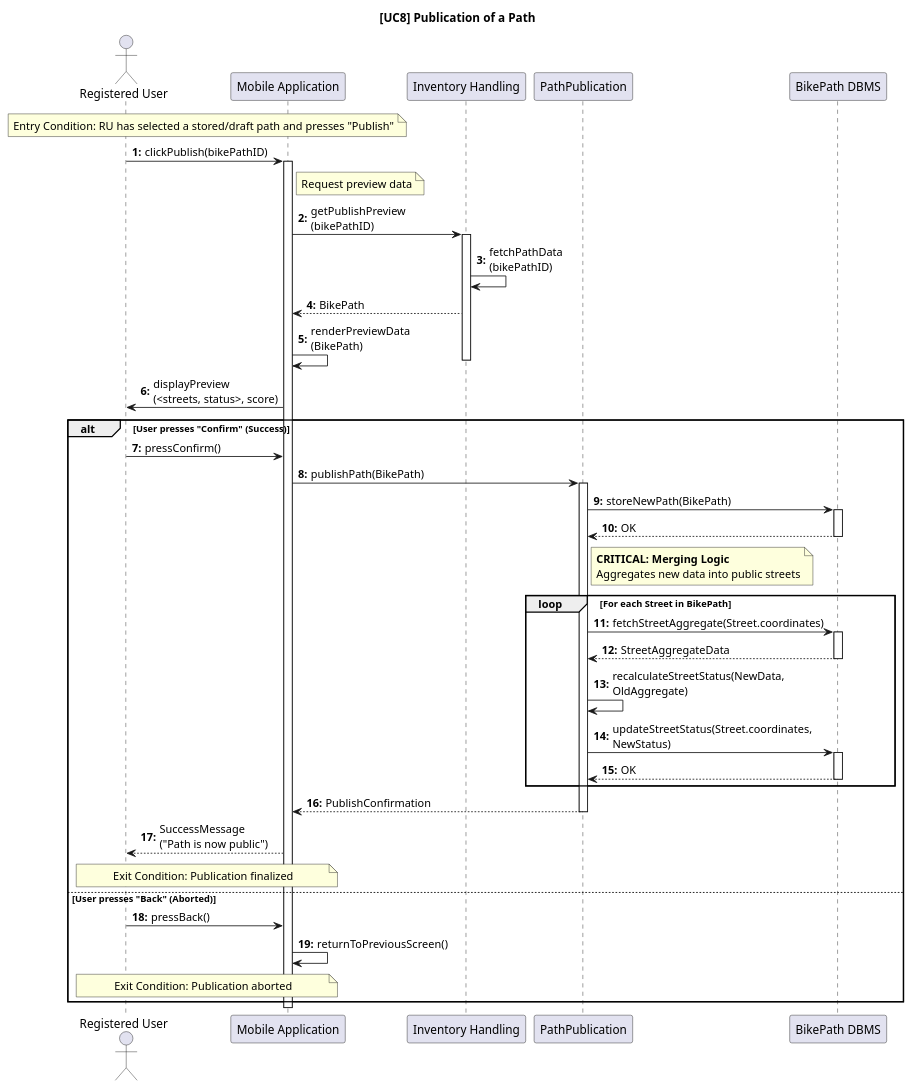
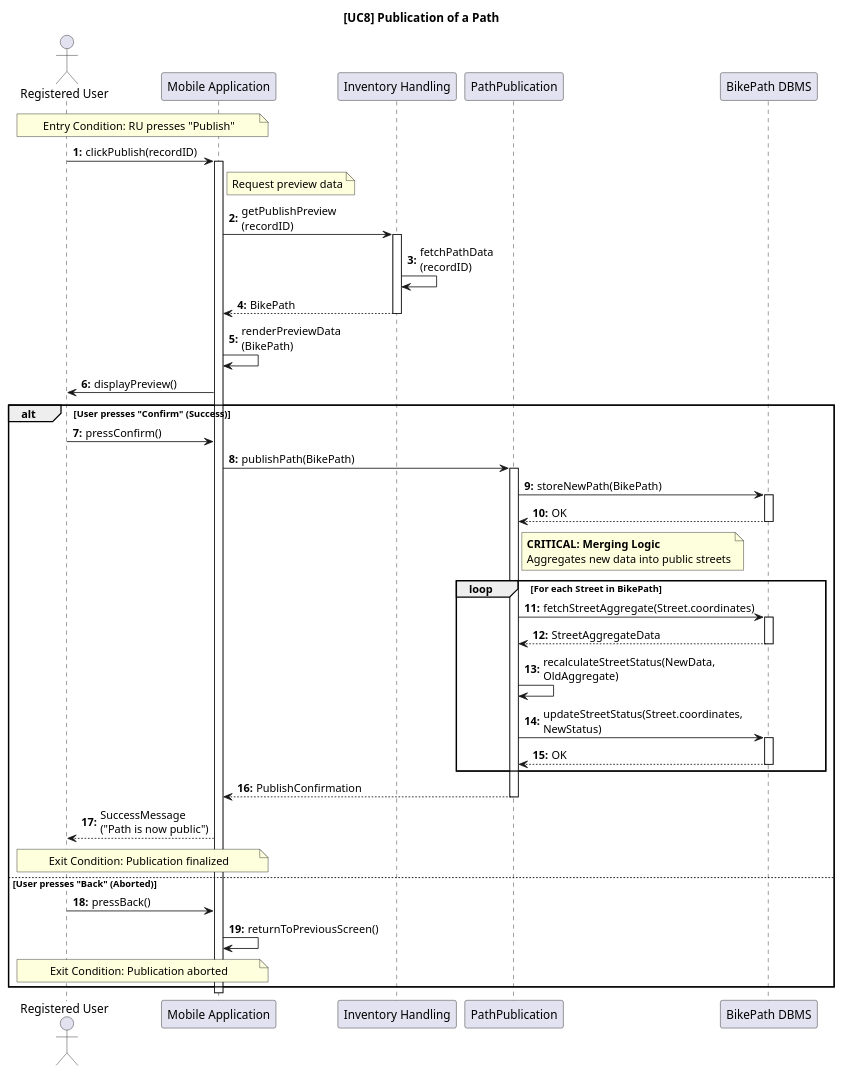
One commit to ilevinci/RubinoUvinsiVinciguerra changed the diagram in DD/sequencediagrams/usecase8.puml. Above: the diagram before and after it, drawn with PlantUML. The commit also changed 7 other files, not shown here.

Commit message:
refinement of use case diagrams (maybe last version, i hope)

```diff
--- a/DD/sequencediagrams/usecase8.puml
+++ b/DD/sequencediagrams/usecase8.puml
@@ -1,90 +1,90 @@
 @startuml UC8_PublicationPath_Design
 autonumber "<b>0:"
 title [UC8] Publication of a Path
 
 ' =======================================================
 ' COMPONENT DEFINITION
 ' =======================================================
 actor "Registered User" as RU
 participant "Mobile Application" as Client
 participant "Inventory Handling" as IH
 
 ' Backend System
 participant "PathPublication" as PM
 participant "BikePath DBMS" as DB
 
 ' =======================================================
 ' ENTRY CONDITION
 ' =======================================================
-note over RU, Client: Entry Condition: RU has selected a stored/draft path and presses "Publish"
+note over RU, Client: Entry Condition: RU presses "Publish"
 
 ' =======================================================
 ' (a) PREVIEW GENERATION
 ' =======================================================
-RU -> Client: clickPublish(bikePathID)
+RU -> Client: clickPublish(recordID)
 activate Client
 
 ' Il Client richiede i dati aggiornati per la preview (es. Score attuale)
 note right of Client: Request preview data
-Client -> IH: getPublishPreview\n(bikePathID)
+Client -> IH: getPublishPreview\n(recordID)
 activate IH
 
 ' Recupero dati grezzi
-IH -> IH: fetchPathData\n(bikePathID)
+IH -> IH: fetchPathData\n(recordID)
+IH --> Client: BikePath
+deactivate IH
+Client -> Client: renderPreviewData\n(BikePath)
 
-IH --> Client: BikePath
-Client -> Client: renderPreviewData\n(BikePath)
-deactivate IH
 ' Visualizzazione
-Client -> RU: displayPreview\n(<streets, status>, score)
+Client -> RU: displayPreview()
 
 ' =======================================================
 ' EXIT CONDITION: CONFIRM OR BACK
 ' =======================================================
 alt User presses "Confirm" (Success)
     RU -> Client: pressConfirm()
 
     
     Client -> PM: publishPath(BikePath)
     activate PM
 
     ' 1. Aggiornamento Visibilità
     PM -> DB: storeNewPath(BikePath)
     activate DB
     DB --> PM: OK
     deactivate DB
 
     ' 2. ESECUZIONE MERGING LOGIC (Core Business Logic)
     note right of PM: **CRITICAL: Merging Logic**\nAggregates new data into public streets
     
     loop For each Street in BikePath
         PM -> DB: fetchStreetAggregate(Street.coordinates)
         activate DB
         DB --> PM: StreetAggregateData
         deactivate DB
         
         PM -> PM: recalculateStreetStatus(NewData, \nOldAggregate)
         
         PM -> DB: updateStreetStatus(Street.coordinates, \nNewStatus)
         activate DB
         DB --> PM: OK
         deactivate DB
     end loop
 
     ' Risposta Finale
     PM --> Client: PublishConfirmation
     deactivate PM
     
     Client --> RU: SuccessMessage\n("Path is now public")
     note over RU, Client: Exit Condition: Publication finalized
 
 else User presses "Back" (Aborted)
     RU -> Client: pressBack()
     
     ' Nessuna interazione col server necessaria
     Client -> Client: returnToPreviousScreen()
     note over RU, Client: Exit Condition: Publication aborted
 end
 
 deactivate Client
 @enduml
```
